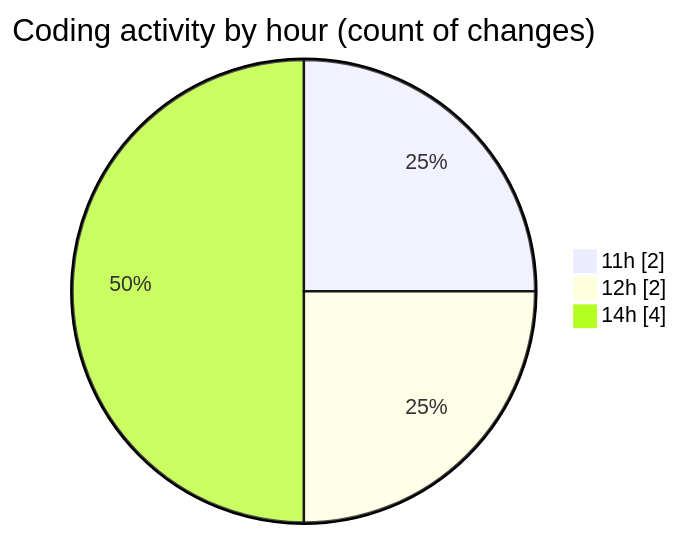
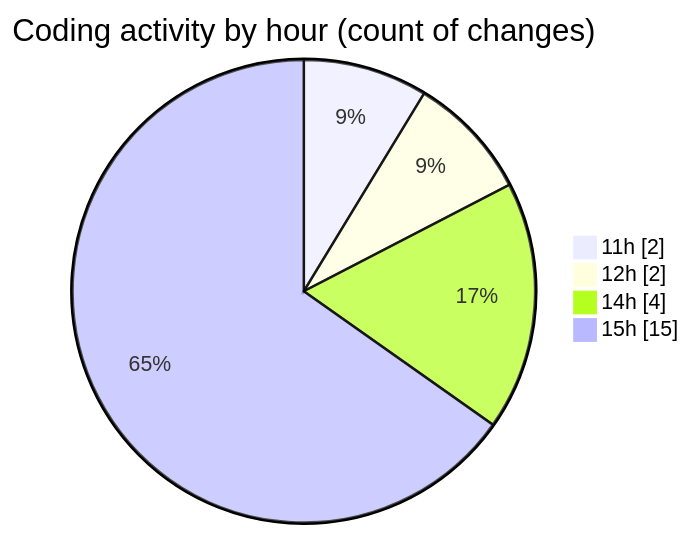
Before and after one commit to nxtqubesakshisongat/code-tracking: the second of 2 diagrams in 2025-10-27/nxtqube_webapp/README.md, drawn with Mermaid. The commit also changed other lines of this file and 1 other file, not shown here.

````diff
--- a/2025-10-27/nxtqube_webapp/README.md
+++ b/2025-10-27/nxtqube_webapp/README.md
@@ -31,7 +31,8 @@
 ```mermaid
 pie showData
 title Coding activity by hour (count of changes)
 "11h" : 2
 "12h" : 2
 "14h" : 4
+"15h" : 15
 ```
````
